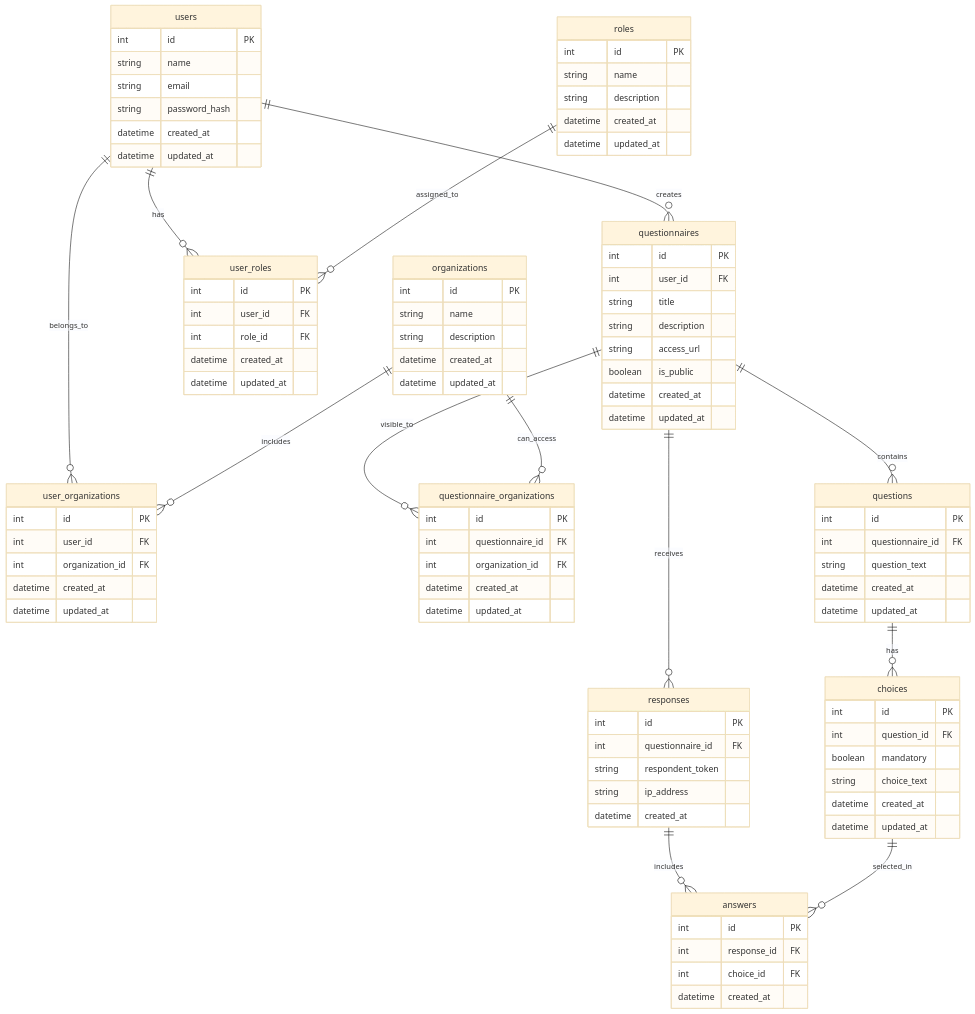
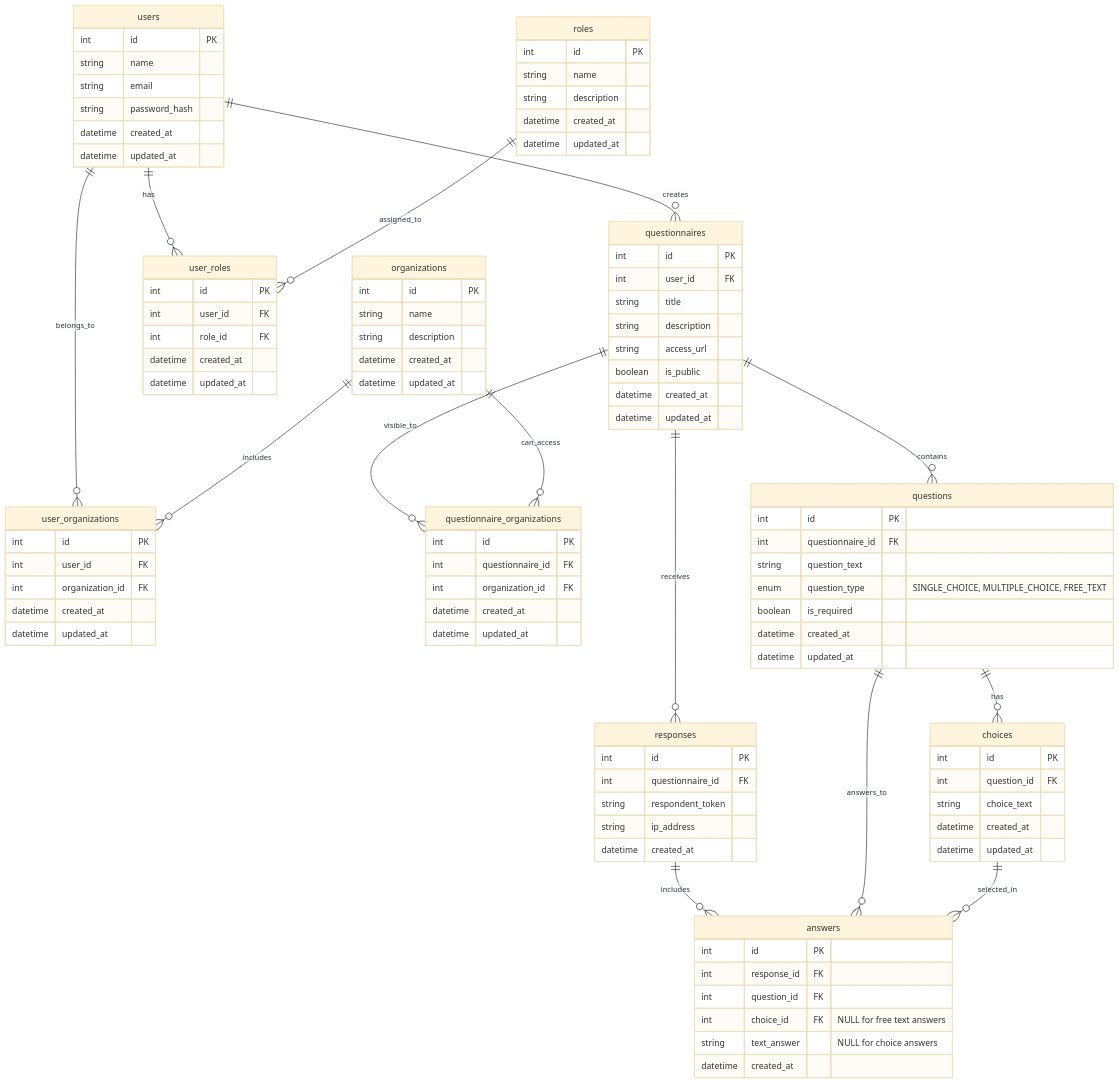
Before and after one commit to oda251/questionnaire-app: the diagram in Document/ER図.md, drawn with Mermaid (base theme). The commit also changed 3 other files, not shown here.

````diff
--- a/Document/ER図.md
+++ b/Document/ER図.md
@@ -67,6 +67,8 @@
         int id PK
         int questionnaire_id FK
         string question_text
+        enum question_type "SINGLE_CHOICE, MULTIPLE_CHOICE, FREE_TEXT"
+        boolean is_required
         datetime created_at
         datetime updated_at
     }
@@ -74,7 +76,6 @@
     choices {
         int id PK
         int question_id FK
-        boolean mandatory
         string choice_text
         datetime created_at
         datetime updated_at
@@ -91,7 +92,9 @@
     answers {
         int id PK
         int response_id FK
-        int choice_id FK
+        int question_id FK
+        int choice_id FK "NULL for free text answers"
+        string text_answer "NULL for choice answers"
         datetime created_at
     }
 
@@ -106,5 +109,6 @@
     questions ||--o{ choices : "has"
     questionnaires ||--o{ responses : "receives"
     responses ||--o{ answers : "includes"
+    questions ||--o{ answers : "answers_to"
     choices ||--o{ answers : "selected_in"
 ```
````
